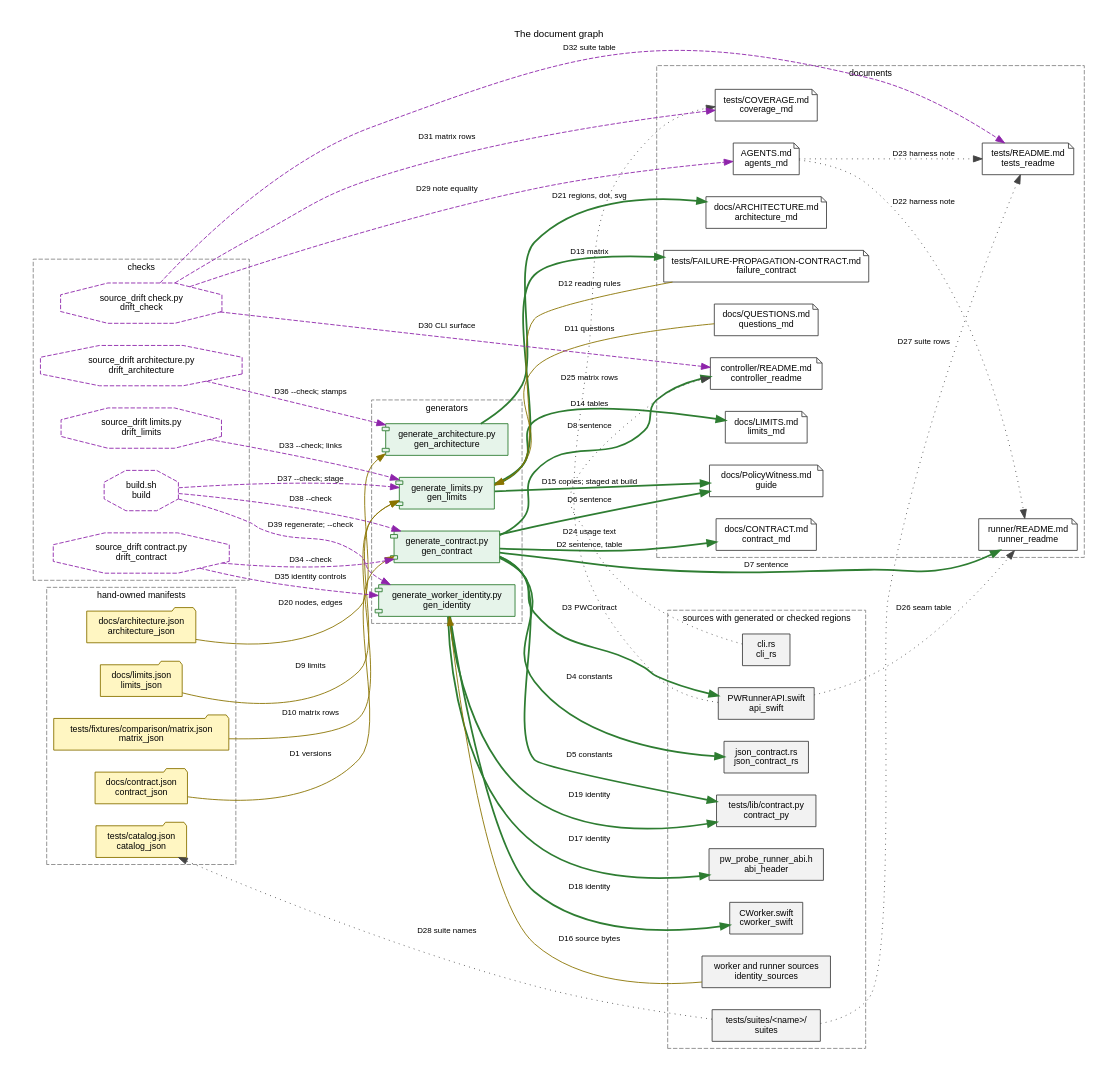
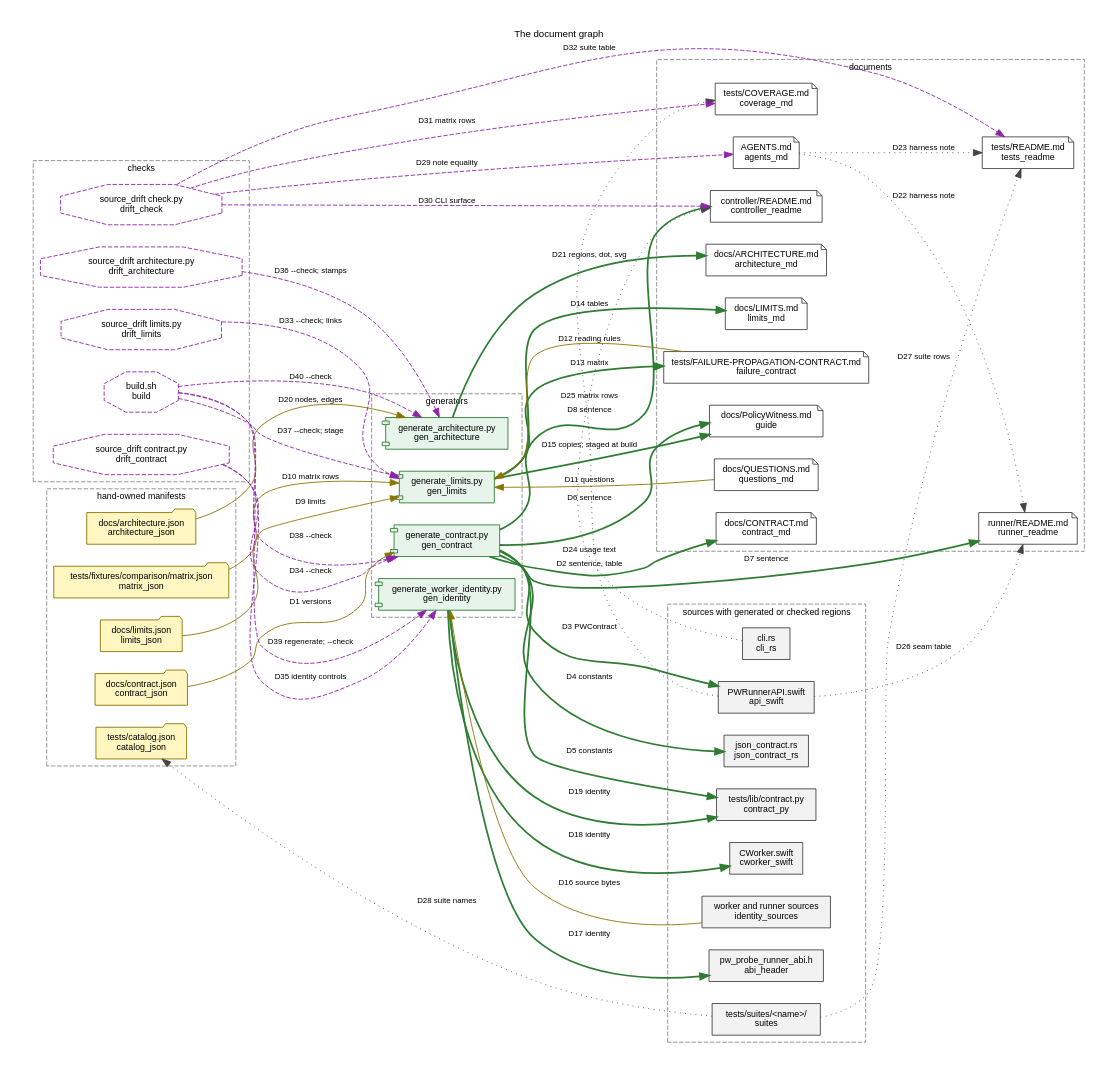
The diagram in docs/architecture-documents.dot (Protonk/PolicyWitness), drawn with Graphviz before and after one commit. The commit also changed 20 other files, not shown here.

```diff
--- a/docs/architecture-documents.dot
+++ b/docs/architecture-documents.dot
@@ -122,4 +122,5 @@
     build -> gen_limits [style="dashed", color="#8e24aa", label="D37 --check; stage", URL="ARCHITECTURE.md#the-document-graph-edges", tooltip="D37: --check before compiling; --stage-guide into dist"];
     build -> gen_contract [style="dashed", color="#8e24aa", label="D38 --check", URL="ARCHITECTURE.md#the-document-graph-edges", tooltip="D38: --check before compiling"];
     build -> gen_identity [style="dashed", color="#8e24aa", label="D39 regenerate; --check", URL="ARCHITECTURE.md#the-document-graph-edges", tooltip="D39: regenerate before compiling; --check before signing"];
+    build -> gen_architecture [style="dashed", color="#8e24aa", label="D40 --check", URL="ARCHITECTURE.md#the-document-graph-edges", tooltip="D40: --check before compiling"];
 }
```
